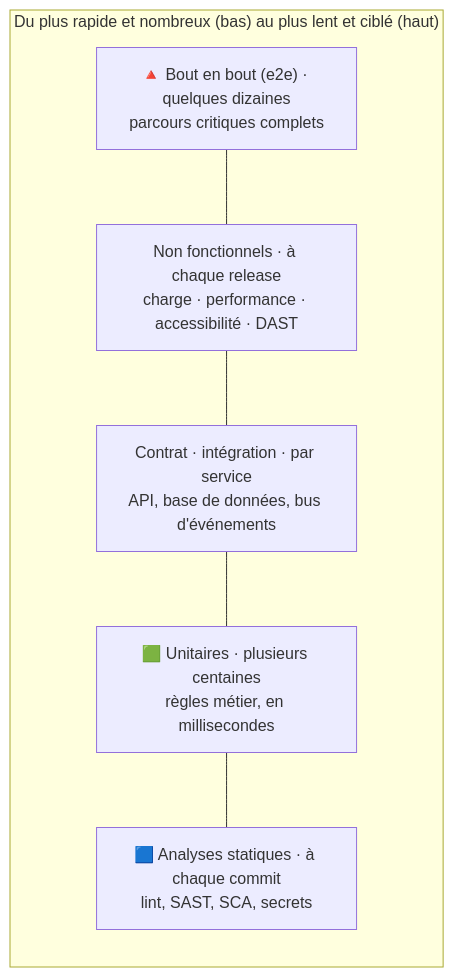
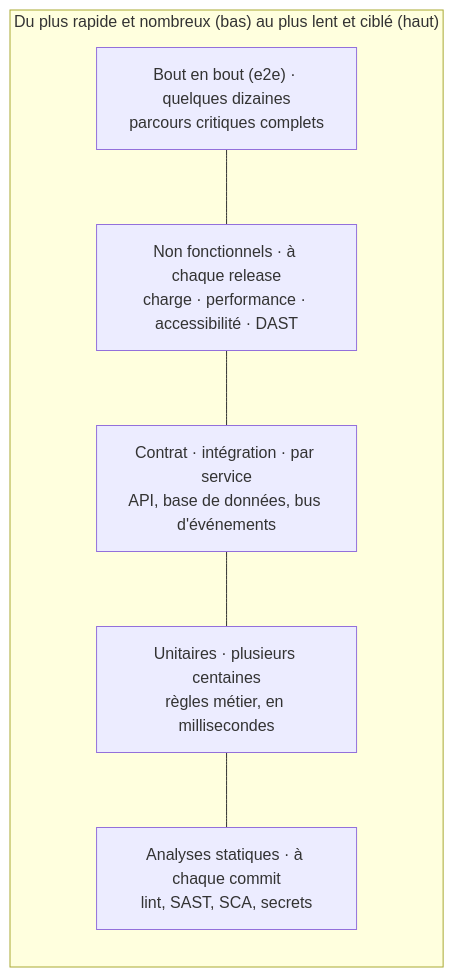
One commit to ALD3X/CESI_B3_Collab changed the diagram in docs/environnement_tests/US-06.2_categories_tests.md. Above: the diagram before and after it, drawn with Mermaid. The commit also changed other lines of this file and 18 other files, not shown here.

````diff
--- a/docs/environnement_tests/US-06.2_categories_tests.md
+++ b/docs/environnement_tests/US-06.2_categories_tests.md
@@ -13,12 +13,12 @@
 ```mermaid
 flowchart TB
     subgraph PYR["Du plus rapide et nombreux (bas) au plus lent et ciblé (haut)"]
         direction TB
-        E2E["🔺 Bout en bout (e2e) · quelques dizaines<br/>parcours critiques complets"]
+        E2E["Bout en bout (e2e) · quelques dizaines<br/>parcours critiques complets"]
         NF["Non fonctionnels · à chaque release<br/>charge · performance · accessibilité · DAST"]
         CT["Contrat · intégration · par service<br/>API, base de données, bus d'événements"]
-        UT["🟩 Unitaires · plusieurs centaines<br/>règles métier, en millisecondes"]
-        ST["🟦 Analyses statiques · à chaque commit<br/>lint, SAST, SCA, secrets"]
+        UT["Unitaires · plusieurs centaines<br/>règles métier, en millisecondes"]
+        ST["Analyses statiques · à chaque commit<br/>lint, SAST, SCA, secrets"]
     end
     E2E --- NF --- CT --- UT --- ST
 ```
````
